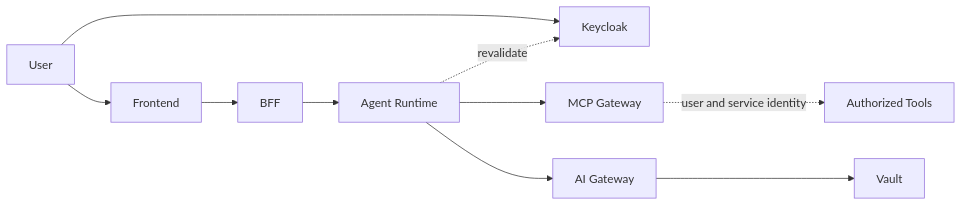
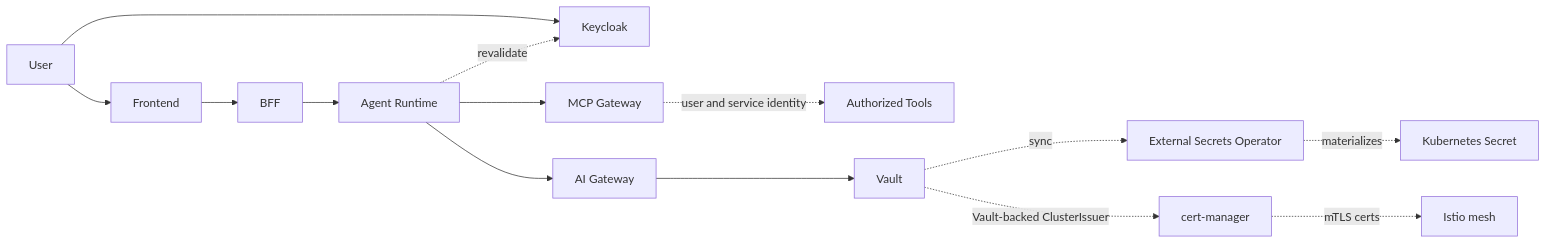
Before and after one commit to startxfr/zuno-demo: the diagram in docs/architecture/security-architecture.md, drawn with Mermaid. The commit also changed other lines of this file and 13 other files, not shown here.

First line of the commit message:
Align docs and Makefile with implemented architecture

````diff
--- a/docs/architecture/security-architecture.md
+++ b/docs/architecture/security-architecture.md
@@ -5,12 +5,16 @@
 ```mermaid
 flowchart LR
   USER[User] --> KC[Keycloak]
   USER --> FE[Frontend]
   FE --> BFF[BFF]
   BFF --> RT[Agent Runtime]
   RT --> MCP[MCP Gateway]
   RT --> AI[AI Gateway]
   RT -. revalidate .-> KC
   MCP -. user and service identity .-> TOOLS[Authorized Tools]
   AI --> VAULT[Vault]
+  VAULT -. sync .-> ESO[External Secrets Operator]
+  ESO -. materializes .-> SECRET[Kubernetes Secret]
+  VAULT -. Vault-backed ClusterIssuer .-> CM[cert-manager]
+  CM -. mTLS certs .-> MESH[Istio mesh]
 ```
````
